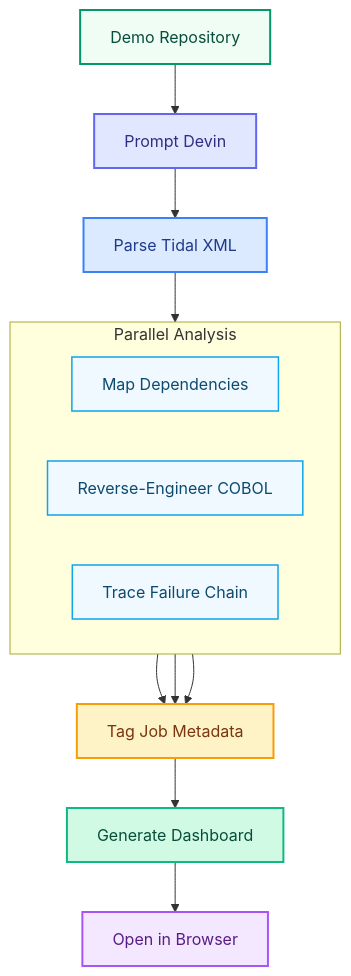
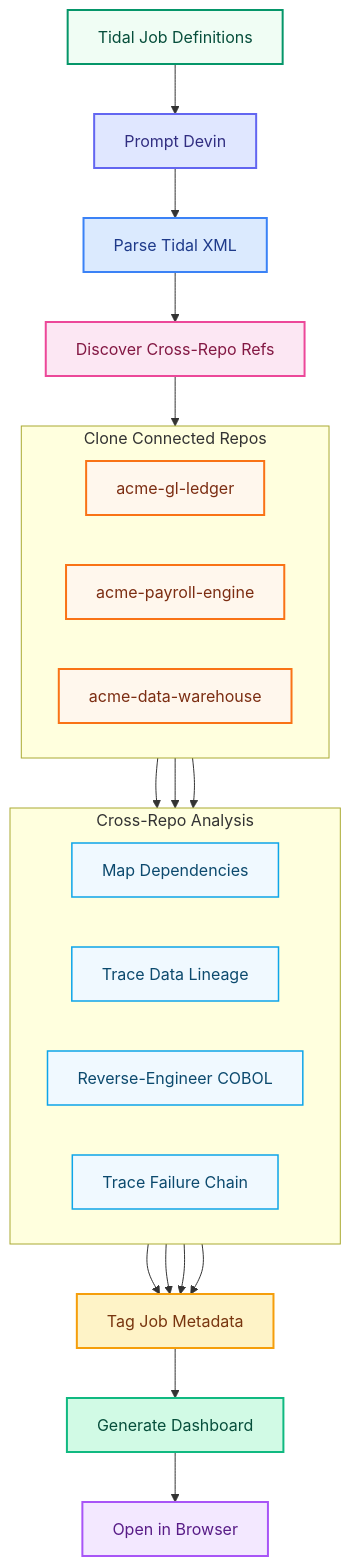
One commit to tedfoley-cog/tidal-batch-reengineering-demo changed the diagram in README.md. Above: the diagram before and after it, drawn with Mermaid. The commit also changed other lines of this file and 7 other files, not shown here.

First line of the commit message:
Add cross-repo references: 3 connected application repos for multi-repo demo flow

````diff
--- a/README.md
+++ b/README.md
@@ -10,42 +10,60 @@
 ```mermaid
 flowchart TD
-  REPO[Demo Repository]
+  REPO[Tidal Job Definitions]
   PROMPT[Prompt Devin]
   PARSE[Parse Tidal XML]
+  DISCOVER[Discover Cross-Repo Refs]
 
-  subgraph PAR [Parallel Analysis]
+  subgraph REPOS [Clone Connected Repos]
+    direction LR
+    GL[acme-gl-ledger]
+    PAY[acme-payroll-engine]
+    DW[acme-data-warehouse]
+  end
+
+  subgraph ANALYSIS [Cross-Repo Analysis]
     direction LR
     DEP[Map Dependencies]
+    DATA[Trace Data Lineage]
     COBOL[Reverse-Engineer COBOL]
     FAIL[Trace Failure Chain]
   end
 
   TAG[Tag Job Metadata]
   DASH[Generate Dashboard]
   BROWSER[Open in Browser]
 
   REPO --> PROMPT
   PROMPT --> PARSE
-  PARSE --> PAR
+  PARSE --> DISCOVER
+  DISCOVER --> REPOS
+  GL --> ANALYSIS
+  PAY --> ANALYSIS
+  DW --> ANALYSIS
   DEP --> TAG
+  DATA --> TAG
   COBOL --> TAG
   FAIL --> TAG
   TAG --> DASH
   DASH --> BROWSER
 
   classDef repoNode    fill:#f0fdf4,stroke:#059669,stroke-width:2px,color:#064e3b
   classDef promptNode  fill:#e0e7ff,stroke:#6366f1,stroke-width:2px,color:#312e81
   classDef parseNode   fill:#dbeafe,stroke:#3b82f6,stroke-width:2px,color:#1e3a8a
+  classDef discoverNode fill:#fce7f3,stroke:#ec4899,stroke-width:2px,color:#831843
+  classDef extRepoNode fill:#fff7ed,stroke:#f97316,stroke-width:2px,color:#7c2d12
   classDef analysisNode fill:#f0f9ff,stroke:#0ea5e9,stroke-width:1.5px,color:#0c4a6e
   classDef tagNode     fill:#fef3c7,stroke:#f59e0b,stroke-width:2px,color:#78350f
   classDef dashNode    fill:#d1fae5,stroke:#10b981,stroke-width:2px,color:#064e3b
   classDef browserNode fill:#f3e8ff,stroke:#a855f7,stroke-width:2px,color:#581c87
 
   class REPO repoNode
   class PROMPT promptNode
   class PARSE parseNode
-  class DEP,COBOL,FAIL analysisNode
+  class DISCOVER discoverNode
+  class GL,PAY,DW extRepoNode
+  class DEP,DATA,COBOL,FAIL analysisNode
   class TAG tagNode
   class DASH dashNode
   class BROWSER browserNode
 ```
````
